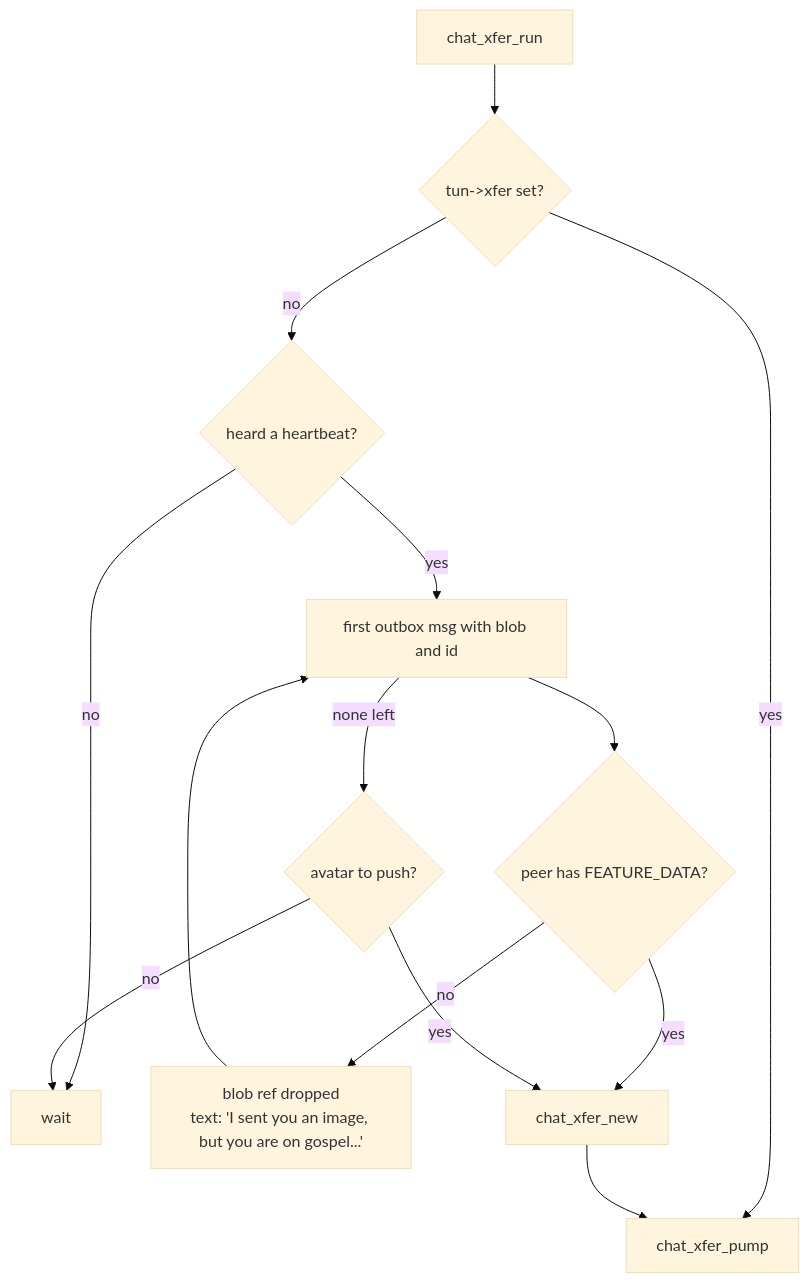
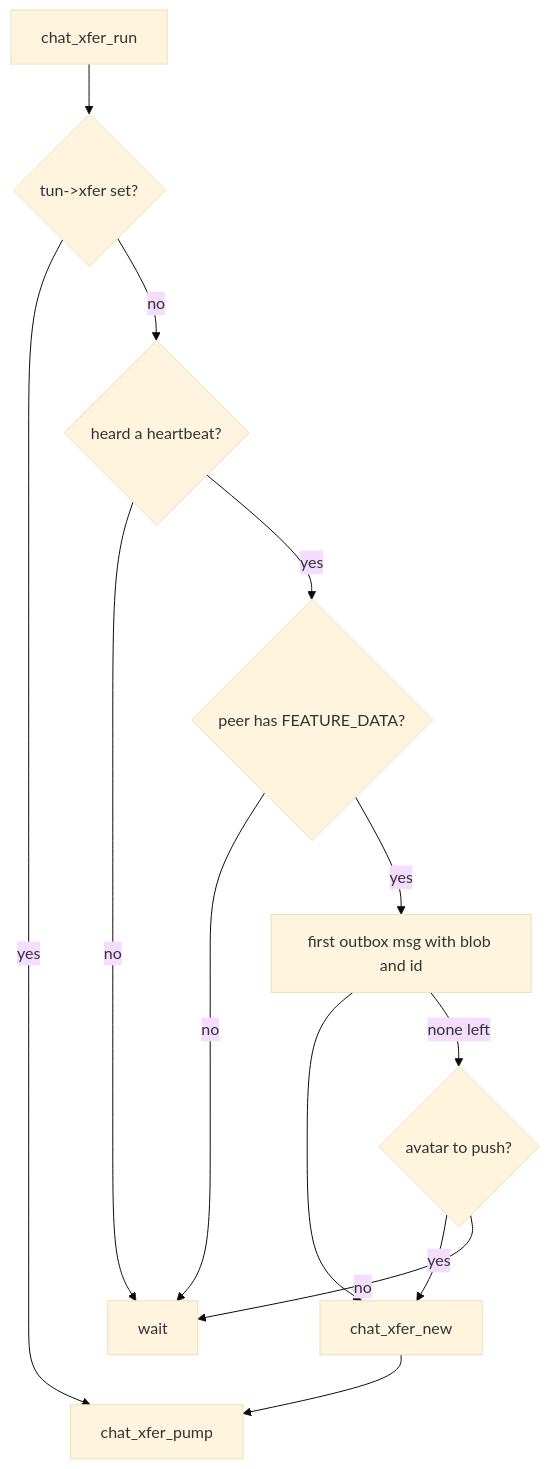
Before and after one commit to jorisvink/vigil: the third of 7 diagrams in docs/parcel.md, drawn with Mermaid (base theme). The commit also changed 74 other files, not shown here.

````diff
--- a/docs/parcel.md
+++ b/docs/parcel.md
@@ -138,16 +138,15 @@
 ```mermaid
 flowchart TD
     A[chat_xfer_run] --> B{tun->xfer set?}
     B -- yes --> P[chat_xfer_pump]
     B -- no --> C{heard a heartbeat?}
     C -- no --> Z[wait]
-    C -- yes --> D[first outbox msg with blob and id]
-    D --> E{peer has FEATURE_DATA?}
-    E -- no --> G[blob ref dropped<br/>text: 'I sent you an image, but you are on gospel...']
-    G --> D
-    E -- yes --> N[chat_xfer_new]
+    C -- yes --> E{peer has FEATURE_DATA?}
+    E -- no --> Z
+    E -- yes --> D[first outbox msg with blob and id]
+    D --> N[chat_xfer_new]
     D -- none left --> AV{avatar to push?}
     AV -- yes --> N
     AV -- no --> Z
     N --> P
 ```
````
